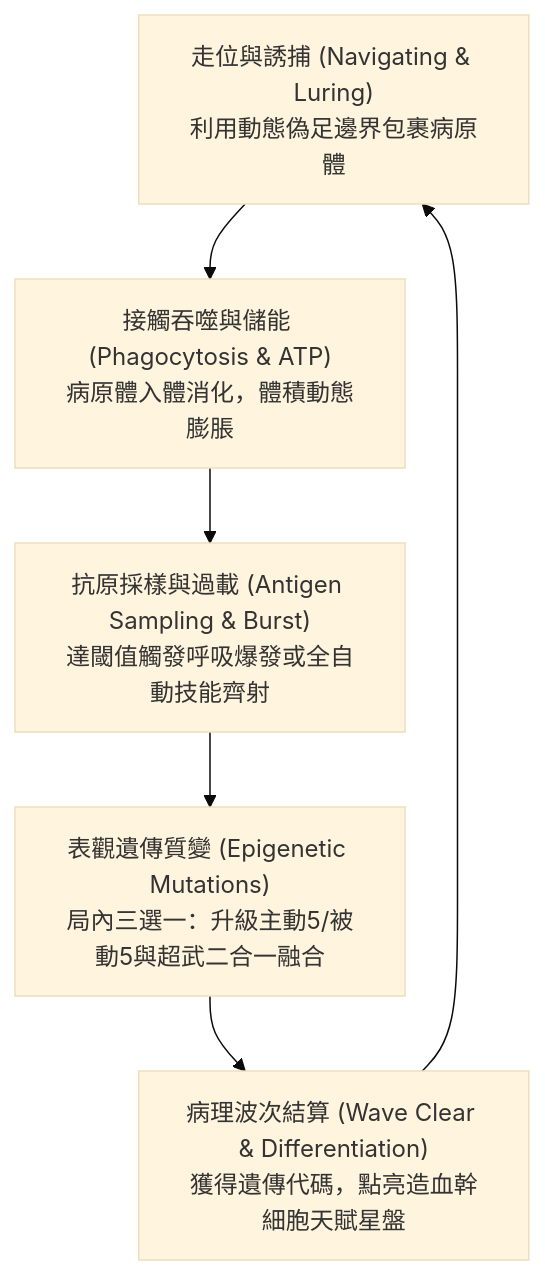
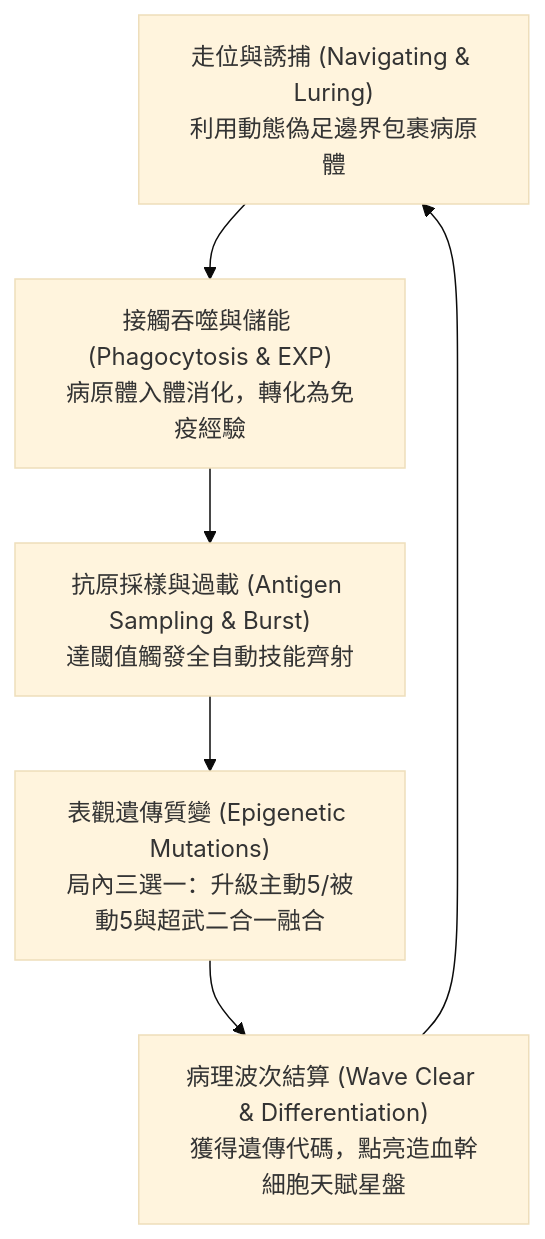
One commit to skyrocket-qy/Phagocyte changed the first of 3 diagrams in SPEC.md. Above: the diagram before and after it, drawn with Mermaid (base theme). The commit also changed other lines of this file and 30 other files, not shown here.

````diff
--- a/SPEC.md
+++ b/SPEC.md
@@ -24,8 +24,8 @@
 ```mermaid
 graph TD
-    A["走位與誘捕 (Navigating & Luring)<br>利用動態偽足邊界包裹病原體"] --> B["接觸吞噬與儲能 (Phagocytosis & ATP)<br>病原體入體消化，體積動態膨脹"]
-    B --> C["抗原採樣與過載 (Antigen Sampling & Burst)<br>達閾值觸發呼吸爆發或全自動技能齊射"]
+    A["走位與誘捕 (Navigating & Luring)<br>利用動態偽足邊界包裹病原體"] --> B["接觸吞噬與儲能 (Phagocytosis & EXP)<br>病原體入體消化，轉化為免疫經驗"]
+    B --> C["抗原採樣與過載 (Antigen Sampling & Burst)<br>達閾值觸發全自動技能齊射"]
     C --> D["表觀遺傳質變 (Epigenetic Mutations)<br>局內三選一：升級主動5/被動5與超武二合一融合"]
     D --> E["病理波次結算 (Wave Clear & Differentiation)<br>獲得遺傳代碼，點亮造血幹細胞天賦星盤"]
     E --> A
 ```
````
